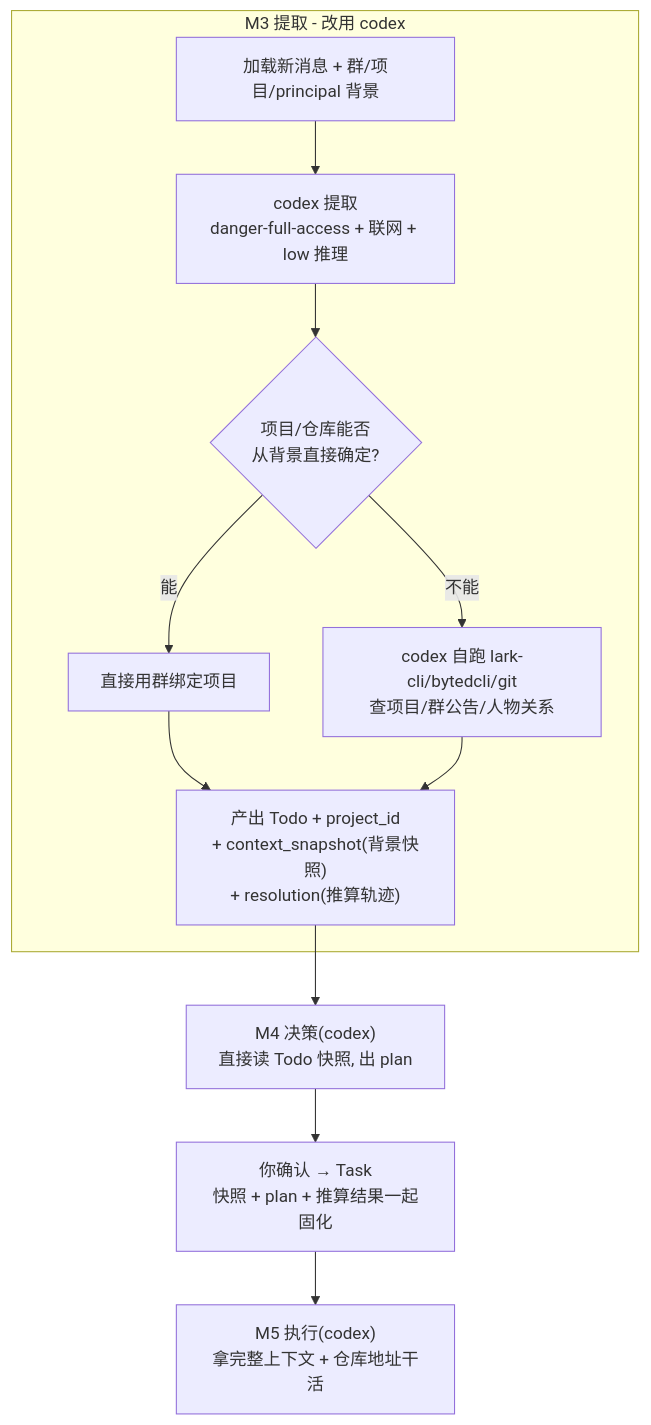
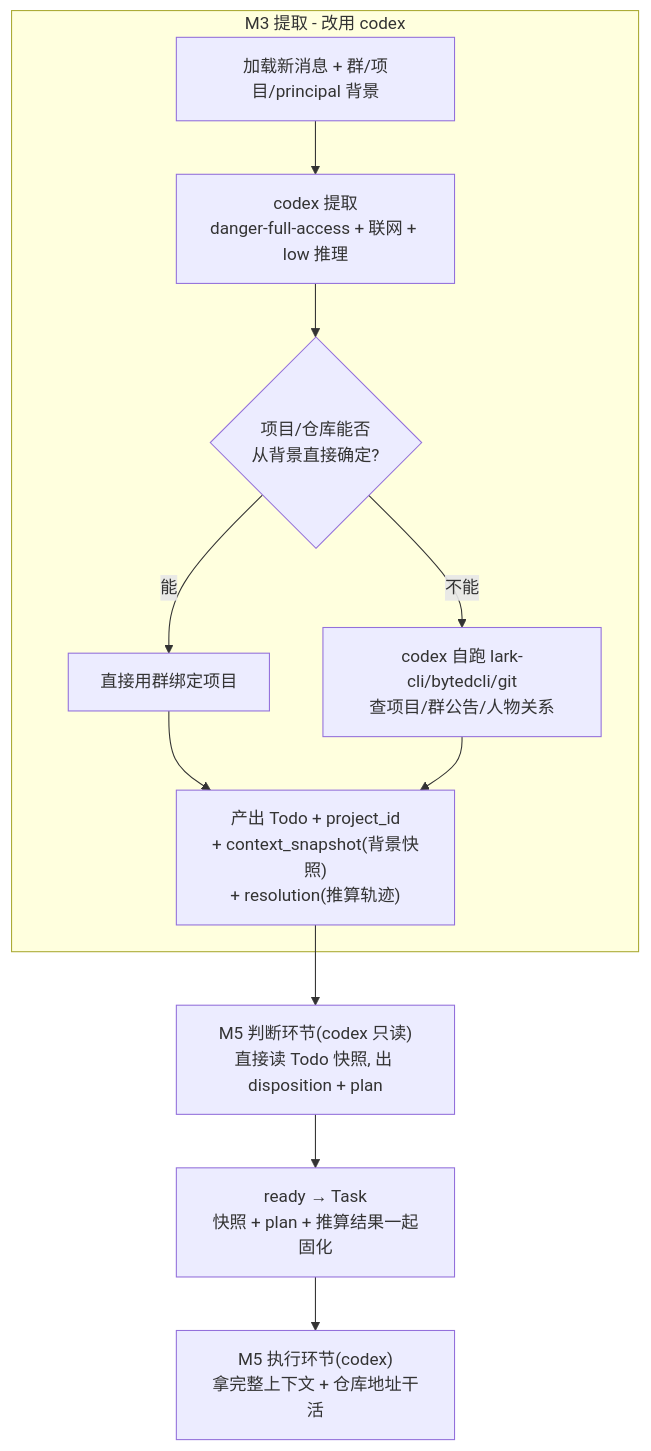
One commit to mjscjj/jarvis changed the second of 2 diagrams in docs/design-context-pipeline.md. Above: the diagram before and after it, drawn with Mermaid. The commit also changed other lines of this file and 79 other files, not shown here.

````diff
--- a/docs/design-context-pipeline.md
+++ b/docs/design-context-pipeline.md
@@ -85,14 +85,14 @@
 ```mermaid
 flowchart TB
     subgraph m3 [M3 提取 - 改用 codex]
         A["加载新消息 + 群/项目/principal 背景"] --> B["codex 提取<br/>danger-full-access + 联网 + low 推理"]
         B --> C{"项目/仓库能否<br/>从背景直接确定?"}
         C -->|能| D["直接用群绑定项目"]
         C -->|不能| E["codex 自跑 lark-cli/bytedcli/git<br/>查项目/群公告/人物关系"]
         D --> F["产出 Todo + project_id<br/>+ context_snapshot(背景快照)<br/>+ resolution(推算轨迹)"]
         E --> F
     end
-    F --> G["M4 决策(codex)<br/>直接读 Todo 快照, 出 plan"]
-    G --> H["你确认 → Task<br/>快照 + plan + 推算结果一起固化"]
-    H --> I["M5 执行(codex)<br/>拿完整上下文 + 仓库地址干活"]
+    F --> G["M5 判断环节(codex 只读)<br/>直接读 Todo 快照, 出 disposition + plan"]
+    G --> H["ready → Task<br/>快照 + plan + 推算结果一起固化"]
+    H --> I["M5 执行环节(codex)<br/>拿完整上下文 + 仓库地址干活"]
 ```
````
